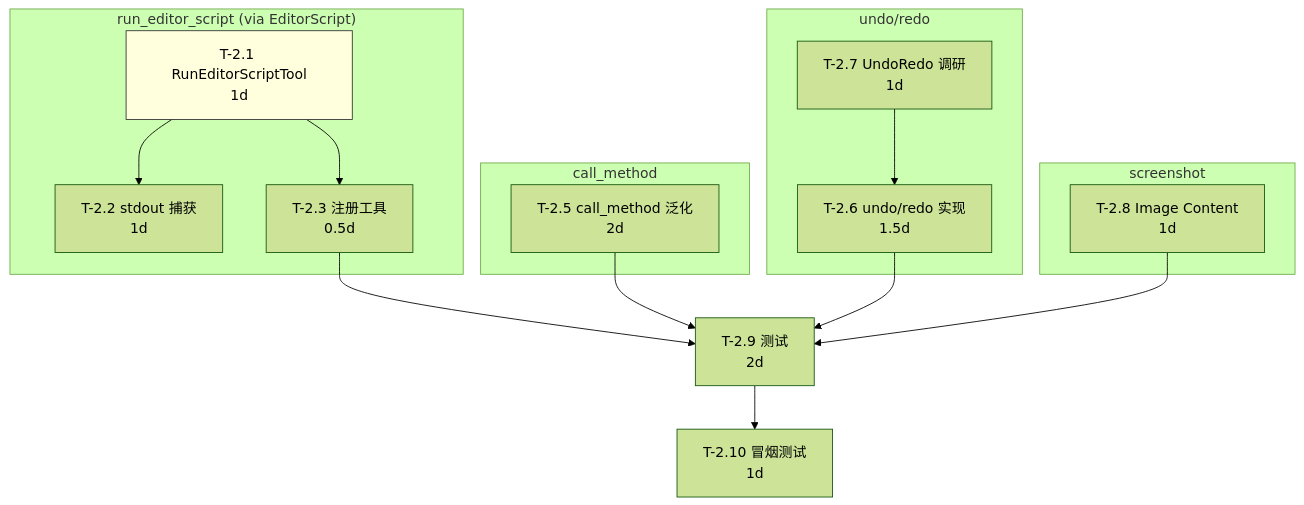
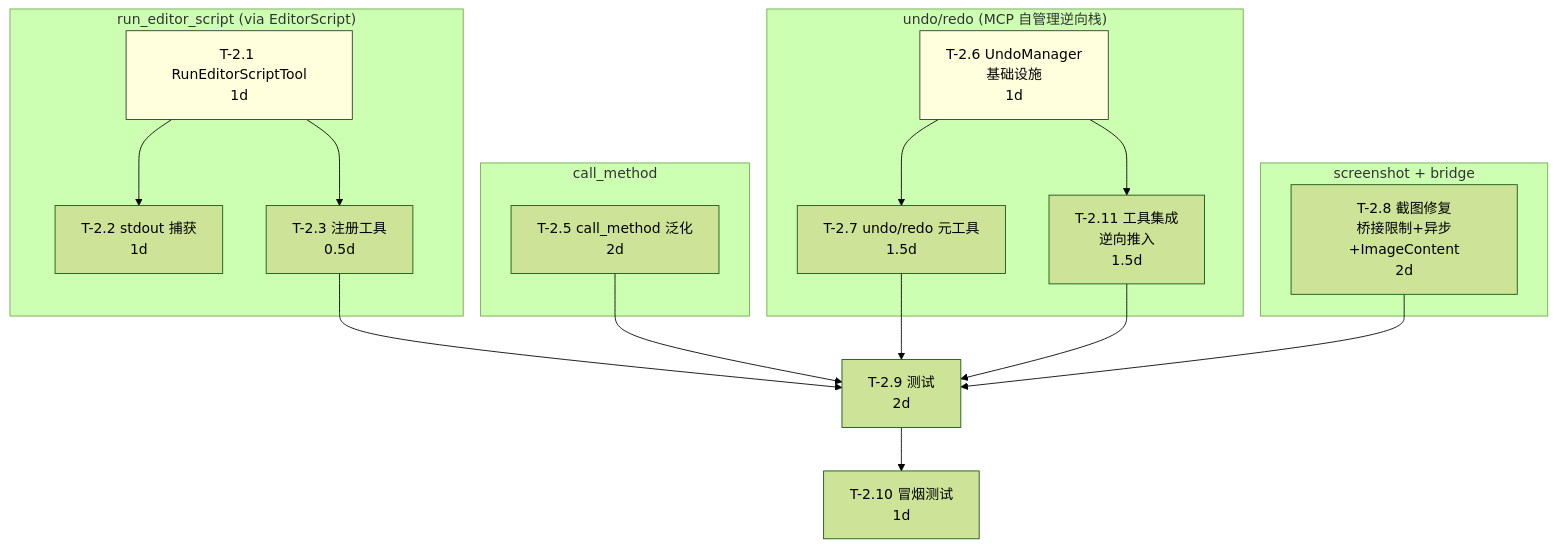
The second of 5 diagrams in .repo_wiki/design/07-dag-and-parallel-plan.md (jesspig/GodotMCP-GDExtension), drawn with Mermaid (forest theme) before and after one commit. The commit also changed other lines of this file and 3 other files, not shown here.

First line of the commit message:
docs(design): 更新 undo/redo v2.0 设计文档 + 全库交叉引用同步

````diff
--- a/.repo_wiki/design/07-dag-and-parallel-plan.md
+++ b/.repo_wiki/design/07-dag-and-parallel-plan.md
@@ -115,27 +120,30 @@
 ```mermaid
 graph TD
     subgraph "run_editor_script (via EditorScript)"
         T2_1["T-2.1 RunEditorScriptTool<br/>1d"] --> T2_2["T-2.2 stdout 捕获<br/>1d"]
         T2_1 --> T2_3["T-2.3 注册工具<br/>0.5d"]
     end
 
+    subgraph "undo/redo (MCP 自管理逆向栈)"
+        T2_6["T-2.6 UndoManager<br/>基础设施<br/>1d"] --> T2_7["T-2.7 undo/redo 元工具<br/>1.5d"]
+        T2_6 --> T2_11["T-2.11 工具集成<br/>逆向推入<br/>1.5d"]
+    end
+
+    subgraph "screenshot + bridge"
+        T2_8["T-2.8 截图修复<br/>桥接限制+异步+ImageContent<br/>2d"]
+    end
+
     subgraph "call_method"
         T2_5["T-2.5 call_method 泛化<br/>2d"]
     end
 
-    subgraph "undo/redo"
-        T2_7["T-2.7 UndoRedo 调研<br/>1d"] --> T2_6["T-2.6 undo/redo 实现<br/>1.5d"]
-    end
-
-    subgraph "screenshot"
-        T2_8["T-2.8 Image Content<br/>1d"]
-    end
-
     T2_3 --> T2_9["T-2.9 测试<br/>2d"]
     T2_5 --> T2_9
-    T2_6 --> T2_9
+    T2_7 --> T2_9
+    T2_11 --> T2_9
     T2_8 --> T2_9
     T2_9 --> T2_10["T-2.10 冒烟测试<br/>1d"]
 
     style T2_1 fill:#ffd,stroke:#333
+    style T2_6 fill:#ffd,stroke:#333
 ```
````
